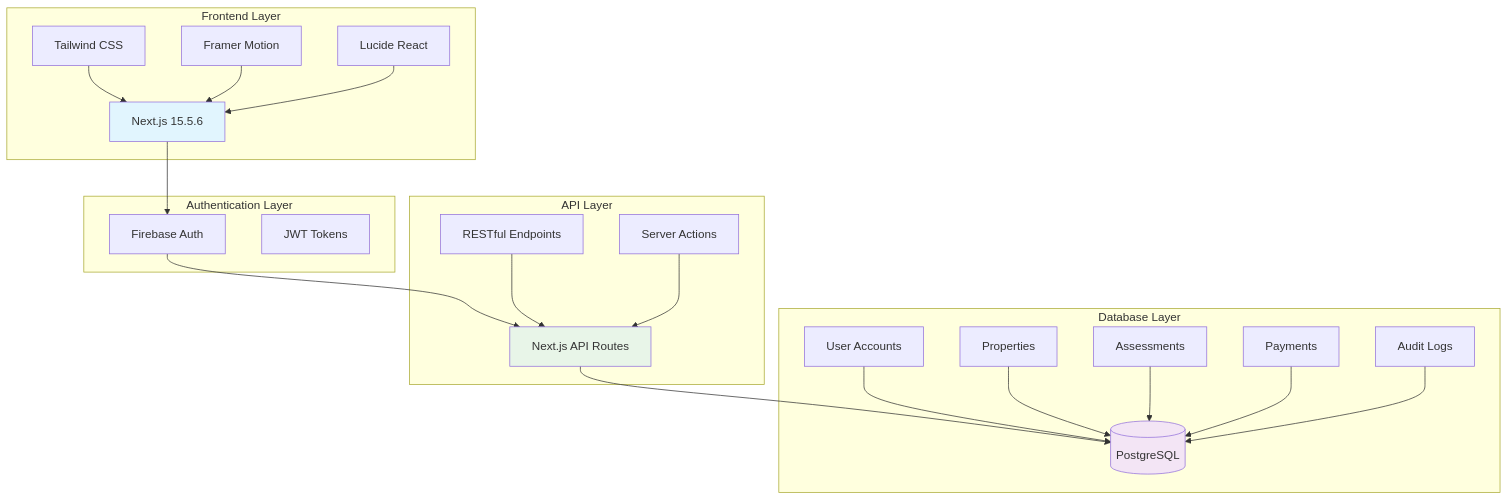
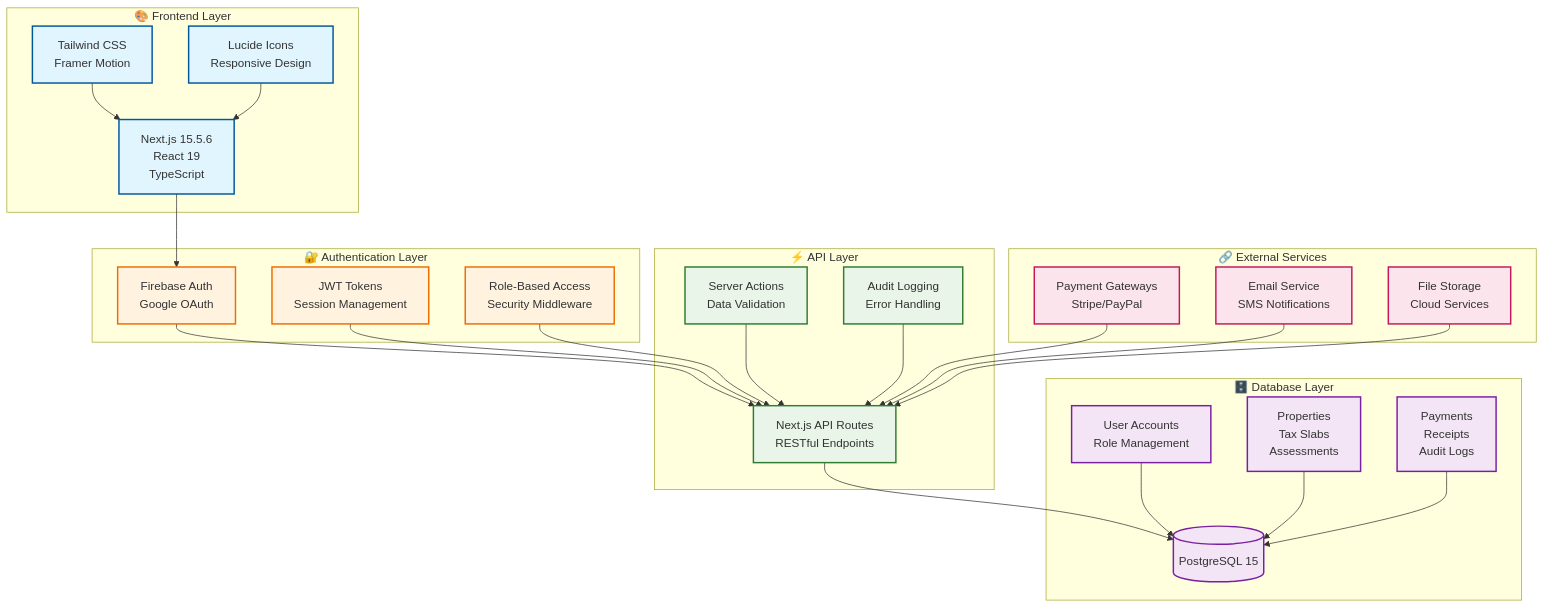
The first of 2 diagrams in README.md (Anish-2005/UrbanLedge), drawn with Mermaid before and after one commit. The commit also changed other lines of this file, not shown here.

````diff
--- a/README.md
+++ b/README.md
@@ -41,47 +107,69 @@
 ```mermaid
 graph TB
-    subgraph "Frontend Layer"
-        A[Next.js 15.5.6]
-        B[Tailwind CSS]
-        C[Framer Motion]
-        D[Lucide React]
+    %% Define styles
+    classDef frontend fill:#e1f5fe,stroke:#01579b,stroke-width:2px
+    classDef auth fill:#fff3e0,stroke:#ef6c00,stroke-width:2px
+    classDef api fill:#e8f5e8,stroke:#2e7d32,stroke-width:2px
+    classDef database fill:#f3e5f5,stroke:#7b1fa2,stroke-width:2px
+    classDef external fill:#fce4ec,stroke:#c2185b,stroke-width:2px
+
+    %% Frontend Layer
+    subgraph "🎨 Frontend Layer"
+        A[Next.js 15.5.6<br/>React 19<br/>TypeScript]
+        B[Tailwind CSS<br/>Framer Motion]
+        C[Lucide Icons<br/>Responsive Design]
     end
 
-    subgraph "Authentication Layer"
-        E[Firebase Auth]
-        F[JWT Tokens]
+    %% Authentication Layer
+    subgraph "🔐 Authentication Layer"
+        D[Firebase Auth<br/>Google OAuth]
+        E[JWT Tokens<br/>Session Management]
+        F[Role-Based Access<br/>Security Middleware]
     end
 
-    subgraph "API Layer"
-        G[Next.js API Routes]
-        H[RESTful Endpoints]
-        I[Server Actions]
+    %% API Layer
+    subgraph "⚡ API Layer"
+        G[Next.js API Routes<br/>RESTful Endpoints]
+        H[Server Actions<br/>Data Validation]
+        I[Audit Logging<br/>Error Handling]
     end
 
-    subgraph "Database Layer"
-        J[(PostgreSQL)]
-        K[User Accounts]
-        L[Properties]
-        M[Assessments]
-        N[Payments]
-        O[Audit Logs]
+    %% Database Layer
+    subgraph "🗄️ Database Layer"
+        J[(PostgreSQL 15)]
+        K[User Accounts<br/>Role Management]
+        L[Properties<br/>Tax Slabs<br/>Assessments]
+        M[Payments<br/>Receipts<br/>Audit Logs]
     end
 
-    A --> E
-    E --> G
+    %% External Services
+    subgraph "🔗 External Services"
+        N[Payment Gateways<br/>Stripe/PayPal]
+        O[Email Service<br/>SMS Notifications]
+        P[File Storage<br/>Cloud Services]
+    end
+
+    %% Connections
+    A --> D
+    D --> G
     G --> J
     B --> A
     C --> A
-    D --> A
+    E --> G
+    F --> G
     H --> G
     I --> G
     K --> J
     L --> J
     M --> J
-    N --> J
-    O --> J
+    N --> G
+    O --> G
+    P --> G
 
-    style A fill:#e1f5fe
-    style J fill:#f3e5f5
-    style G fill:#e8f5e8
+    %% Apply styles
+    class A,B,C frontend
+    class D,E,F auth
+    class G,H,I api
+    class J,K,L,M database
+    class N,O,P external
 ```
````
